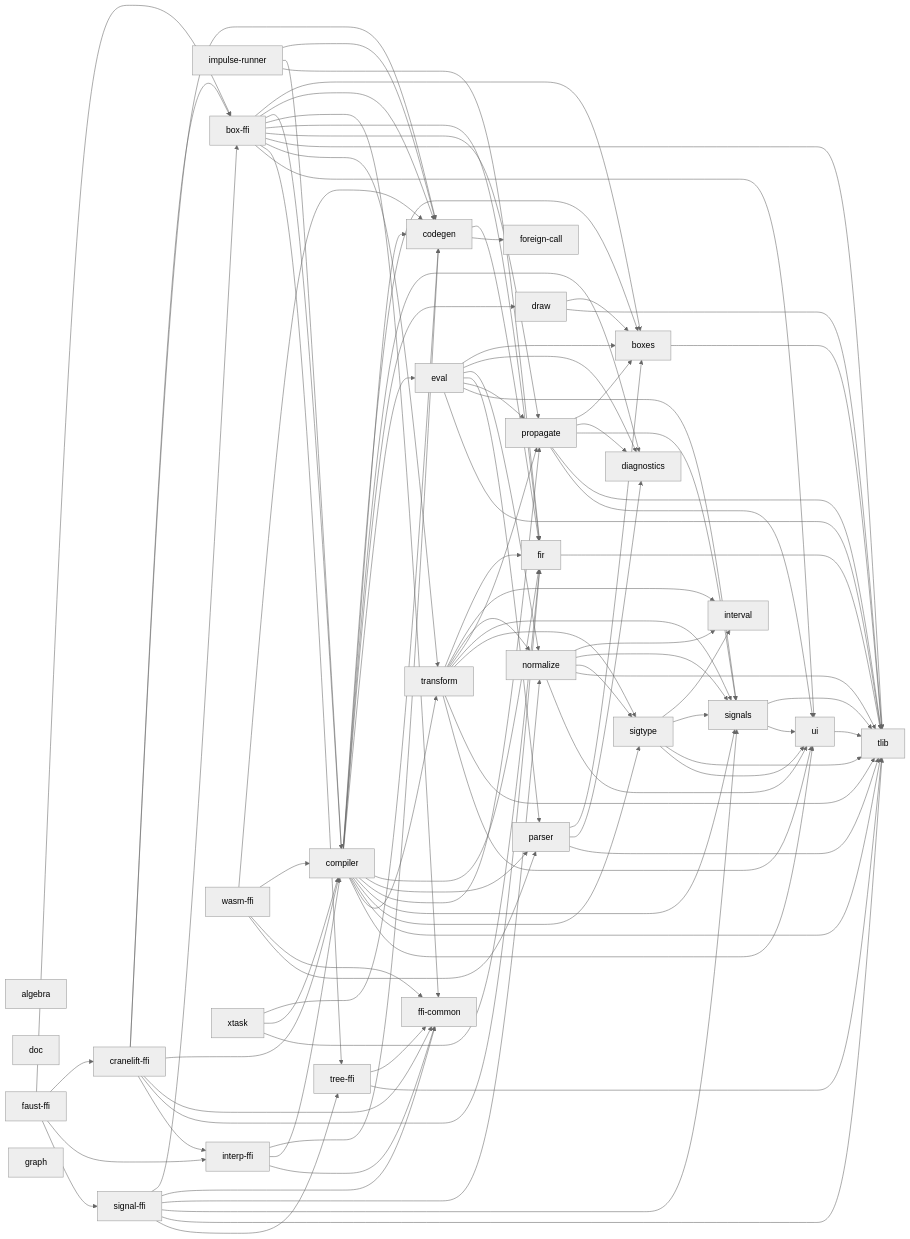
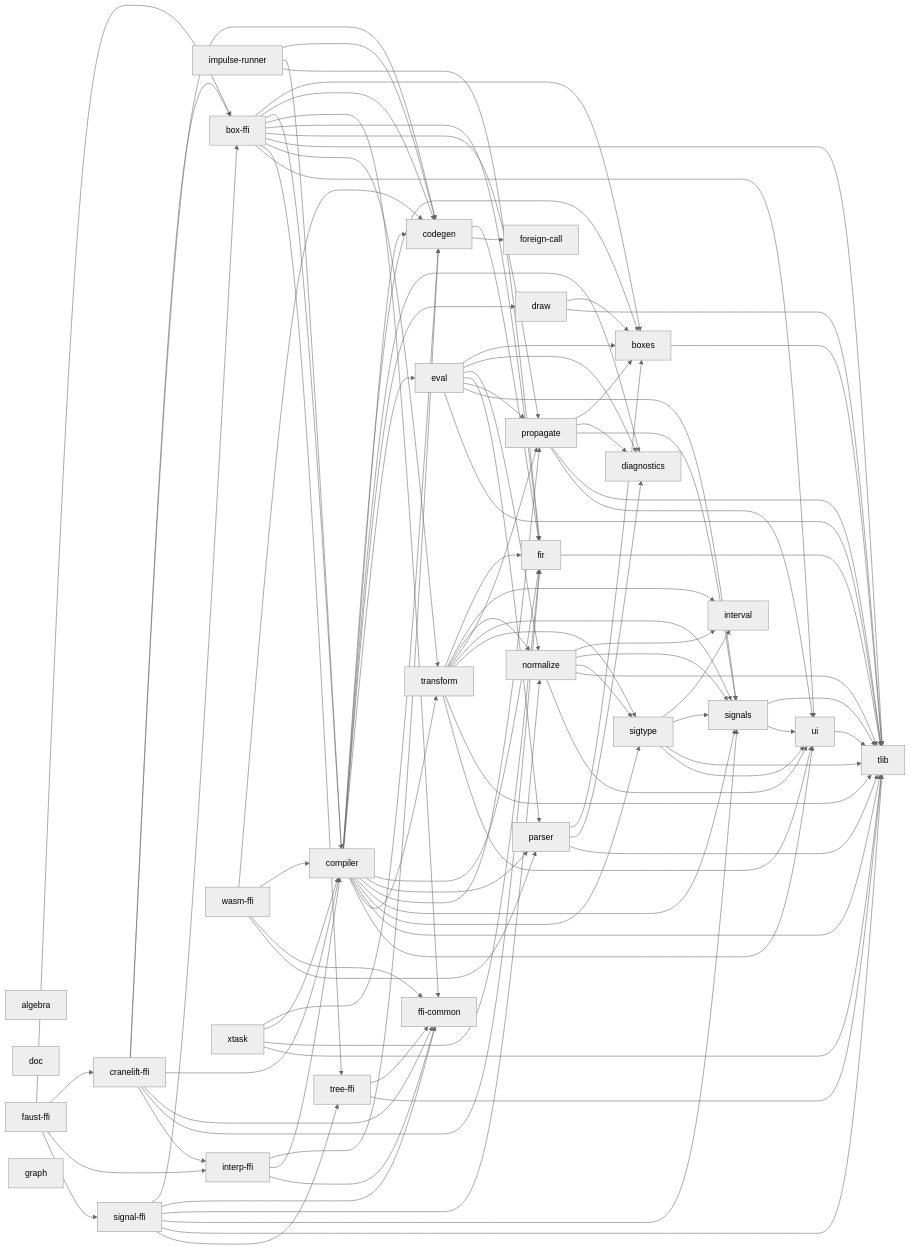
One commit to grame-cncm/faust-rs changed the diagram in docs/code-graphs/internal-crate-deps.mmd. Above: the diagram before and after it, drawn with Mermaid (neutral theme). The commit also changed 17 other files, not shown here.

```diff
--- a/docs/code-graphs/internal-crate-deps.mmd
+++ b/docs/code-graphs/internal-crate-deps.mmd
@@ -1,126 +1,127 @@
 flowchart LR
     crate_algebra["algebra"]
     crate_box_ffi["box-ffi"]
     crate_boxes["boxes"]
     crate_codegen["codegen"]
     crate_compiler["compiler"]
     crate_cranelift_ffi["cranelift-ffi"]
     crate_diagnostics["diagnostics"]
     crate_doc["doc"]
     crate_draw["draw"]
     crate_eval["eval"]
     crate_faust_ffi["faust-ffi"]
     crate_ffi_common["ffi-common"]
     crate_fir["fir"]
     crate_foreign_call["foreign-call"]
     crate_graph["graph"]
     crate_impulse_runner["impulse-runner"]
     crate_interp_ffi["interp-ffi"]
     crate_interval["interval"]
     crate_normalize["normalize"]
     crate_parser["parser"]
     crate_propagate["propagate"]
     crate_signal_ffi["signal-ffi"]
     crate_signals["signals"]
     crate_sigtype["sigtype"]
     crate_tlib["tlib"]
     crate_transform["transform"]
     crate_tree_ffi["tree-ffi"]
     crate_ui["ui"]
     crate_wasm_ffi["wasm-ffi"]
     crate_xtask["xtask"]
     crate_box_ffi --> crate_boxes
     crate_box_ffi --> crate_codegen
     crate_box_ffi --> crate_compiler
     crate_box_ffi --> crate_ffi_common
     crate_box_ffi --> crate_fir
     crate_box_ffi --> crate_propagate
     crate_box_ffi --> crate_tlib
     crate_box_ffi --> crate_transform
     crate_box_ffi --> crate_tree_ffi
     crate_box_ffi --> crate_ui
     crate_boxes --> crate_tlib
     crate_codegen --> crate_fir
     crate_codegen --> crate_foreign_call
     crate_compiler --> crate_boxes
     crate_compiler --> crate_codegen
     crate_compiler --> crate_diagnostics
     crate_compiler --> crate_draw
     crate_compiler --> crate_eval
     crate_compiler --> crate_fir
     crate_compiler --> crate_parser
     crate_compiler --> crate_propagate
     crate_compiler --> crate_signals
     crate_compiler --> crate_sigtype
     crate_compiler --> crate_tlib
     crate_compiler --> crate_transform
     crate_compiler --> crate_ui
     crate_cranelift_ffi --> crate_box_ffi
     crate_cranelift_ffi --> crate_codegen
     crate_cranelift_ffi --> crate_compiler
     crate_cranelift_ffi --> crate_ffi_common
     crate_cranelift_ffi --> crate_fir
     crate_cranelift_ffi --> crate_interp_ffi
     crate_draw --> crate_boxes
     crate_draw --> crate_tlib
     crate_eval --> crate_boxes
     crate_eval --> crate_diagnostics
     crate_eval --> crate_normalize
     crate_eval --> crate_parser
     crate_eval --> crate_propagate
     crate_eval --> crate_signals
     crate_eval --> crate_tlib
     crate_faust_ffi --> crate_box_ffi
     crate_faust_ffi --> crate_cranelift_ffi
     crate_faust_ffi --> crate_interp_ffi
     crate_faust_ffi --> crate_signal_ffi
     crate_fir --> crate_tlib
     crate_impulse_runner --> crate_codegen
     crate_impulse_runner --> crate_compiler
     crate_impulse_runner --> crate_fir
     crate_interp_ffi --> crate_codegen
     crate_interp_ffi --> crate_compiler
     crate_interp_ffi --> crate_ffi_common
     crate_normalize --> crate_interval
     crate_normalize --> crate_signals
     crate_normalize --> crate_sigtype
     crate_normalize --> crate_tlib
     crate_normalize --> crate_ui
     crate_parser --> crate_boxes
     crate_parser --> crate_diagnostics
     crate_parser --> crate_tlib
     crate_propagate --> crate_boxes
     crate_propagate --> crate_diagnostics
     crate_propagate --> crate_signals
     crate_propagate --> crate_tlib
     crate_propagate --> crate_ui
     crate_signal_ffi --> crate_box_ffi
     crate_signal_ffi --> crate_ffi_common
     crate_signal_ffi --> crate_normalize
     crate_signal_ffi --> crate_signals
     crate_signal_ffi --> crate_tlib
     crate_signal_ffi --> crate_tree_ffi
     crate_signals --> crate_tlib
     crate_signals --> crate_ui
     crate_sigtype --> crate_interval
     crate_sigtype --> crate_signals
     crate_sigtype --> crate_tlib
     crate_sigtype --> crate_ui
     crate_transform --> crate_fir
     crate_transform --> crate_interval
     crate_transform --> crate_normalize
     crate_transform --> crate_propagate
     crate_transform --> crate_signals
     crate_transform --> crate_sigtype
     crate_transform --> crate_tlib
     crate_transform --> crate_ui
     crate_tree_ffi --> crate_ffi_common
     crate_tree_ffi --> crate_tlib
     crate_ui --> crate_tlib
     crate_wasm_ffi --> crate_codegen
     crate_wasm_ffi --> crate_compiler
     crate_wasm_ffi --> crate_ffi_common
     crate_wasm_ffi --> crate_parser
     crate_xtask --> crate_codegen
     crate_xtask --> crate_compiler
     crate_xtask --> crate_fir
+    crate_xtask --> crate_tlib
```
